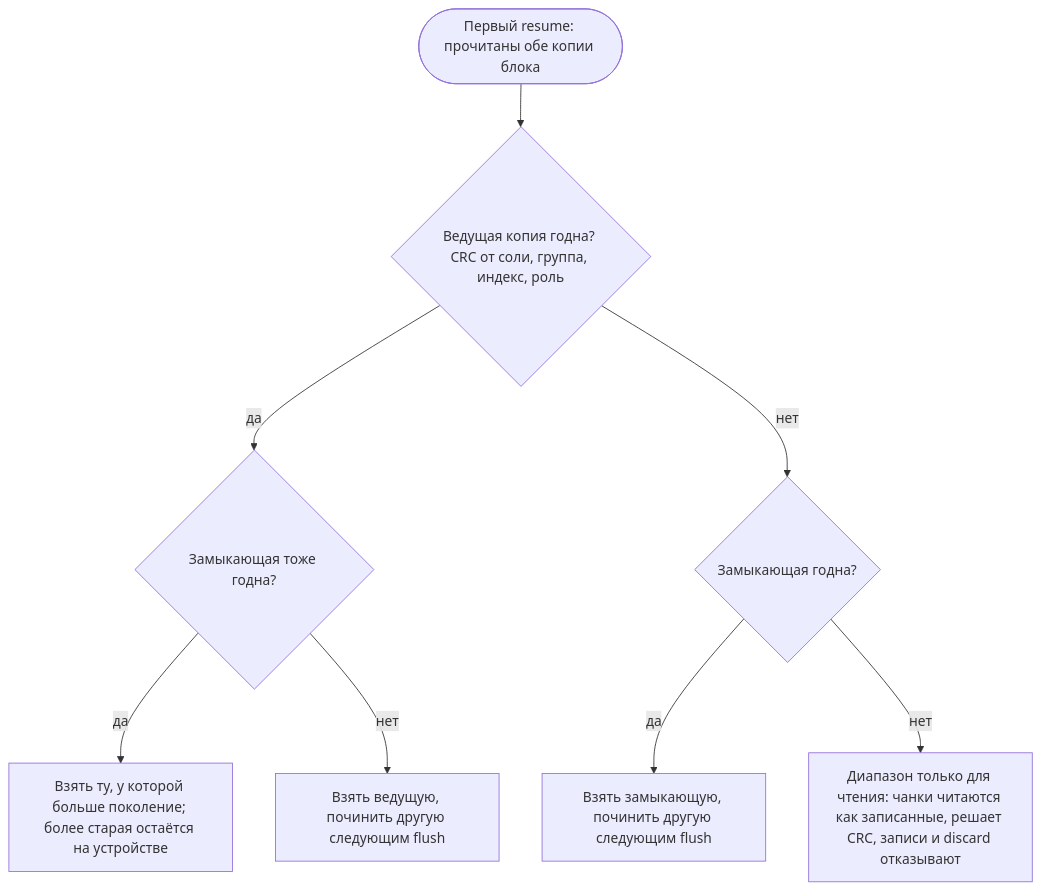
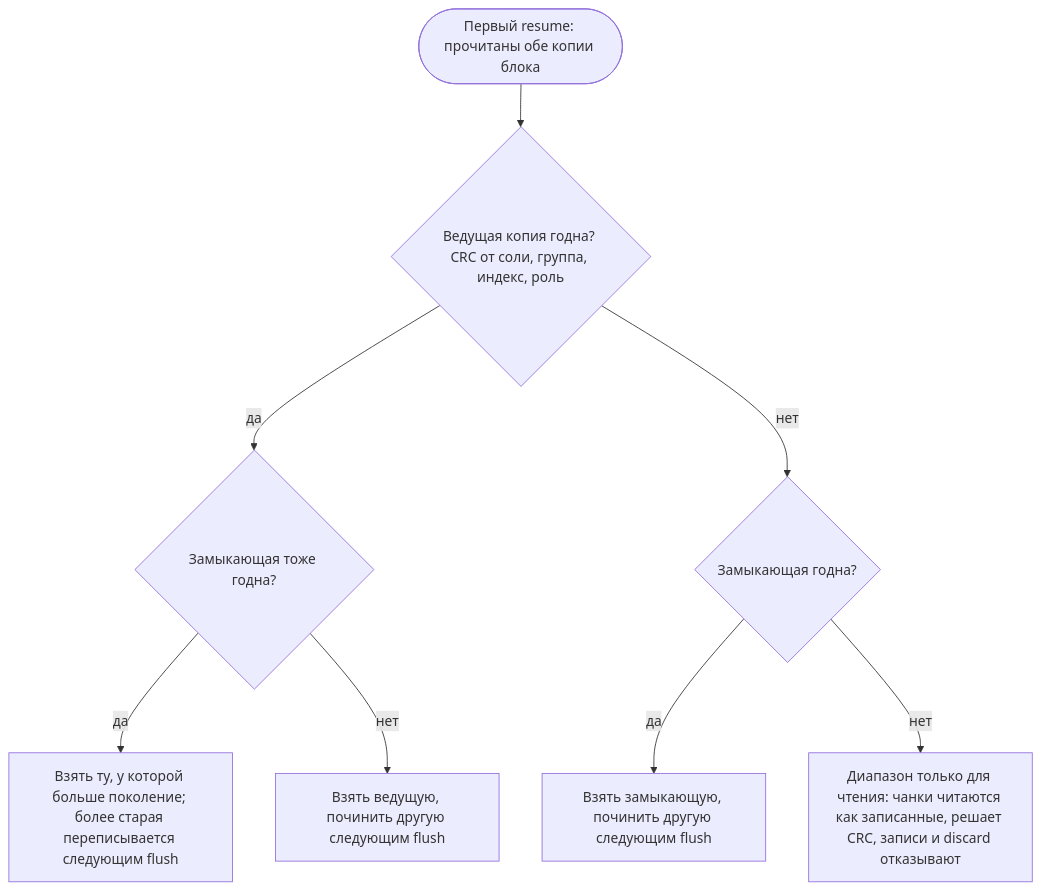
Before and after one commit to Dx-by-Dy/Automatic-Error-Correction-Driver: diagram 11 of 21 in docs/ru/DIAGRAMS.md, drawn with Mermaid. The commit also changed other lines of this file and 10 other files, not shown here.

````diff
--- a/docs/ru/DIAGRAMS.md
+++ b/docs/ru/DIAGRAMS.md
@@ -310,10 +310,10 @@
 ```mermaid
 flowchart TD
     start(["Первый resume: прочитаны обе копии блока"]) --> lv{"Ведущая копия годна? CRC от соли, группа, индекс, роль"}
     lv -- да --> both{"Замыкающая тоже годна?"}
     lv -- нет --> tv{"Замыкающая годна?"}
-    both -- да --> newer["Взять ту, у которой больше поколение; более старая остаётся на устройстве"]
+    both -- да --> newer["Взять ту, у которой больше поколение; более старая переписывается следующим flush"]
     both -- нет --> single["Взять ведущую, починить другую следующим flush"]
     tv -- да --> single2["Взять замыкающую, починить другую следующим flush"]
     tv -- нет --> ro["Диапазон только для чтения: чанки читаются как записанные, решает CRC, записи и discard отказывают"]
 ```
````
